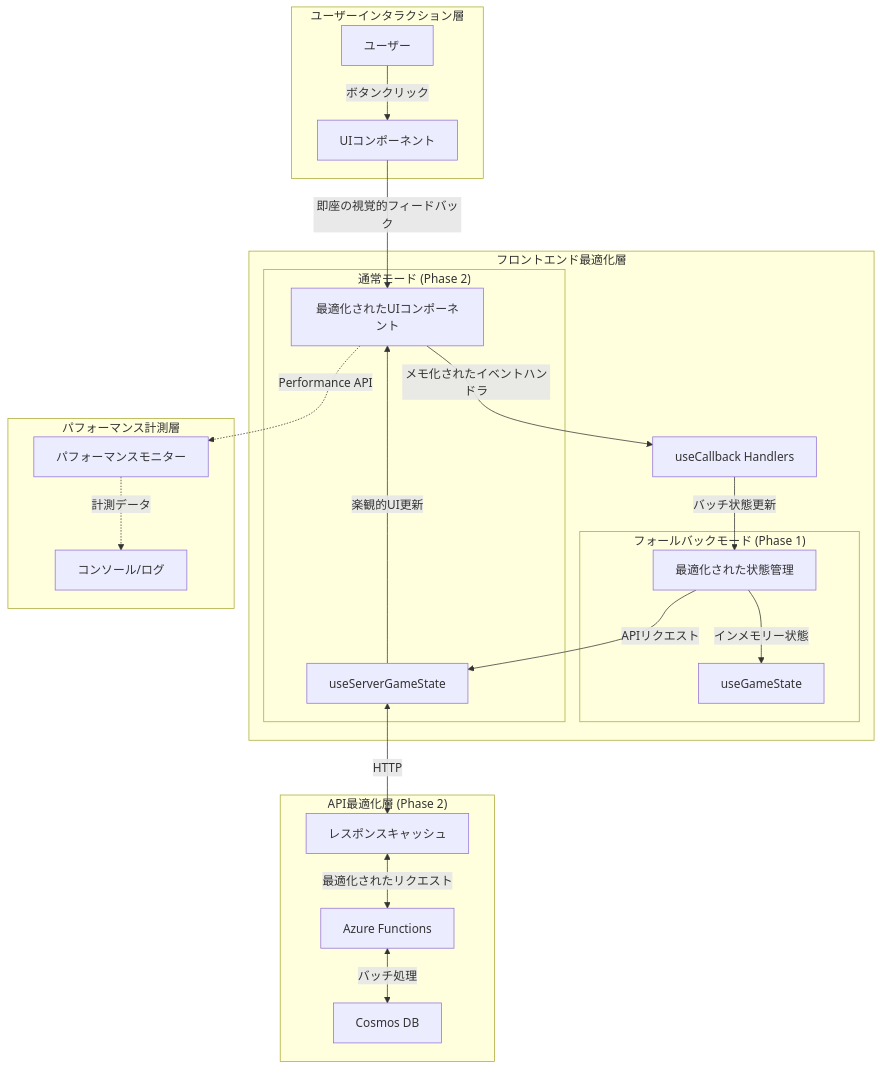
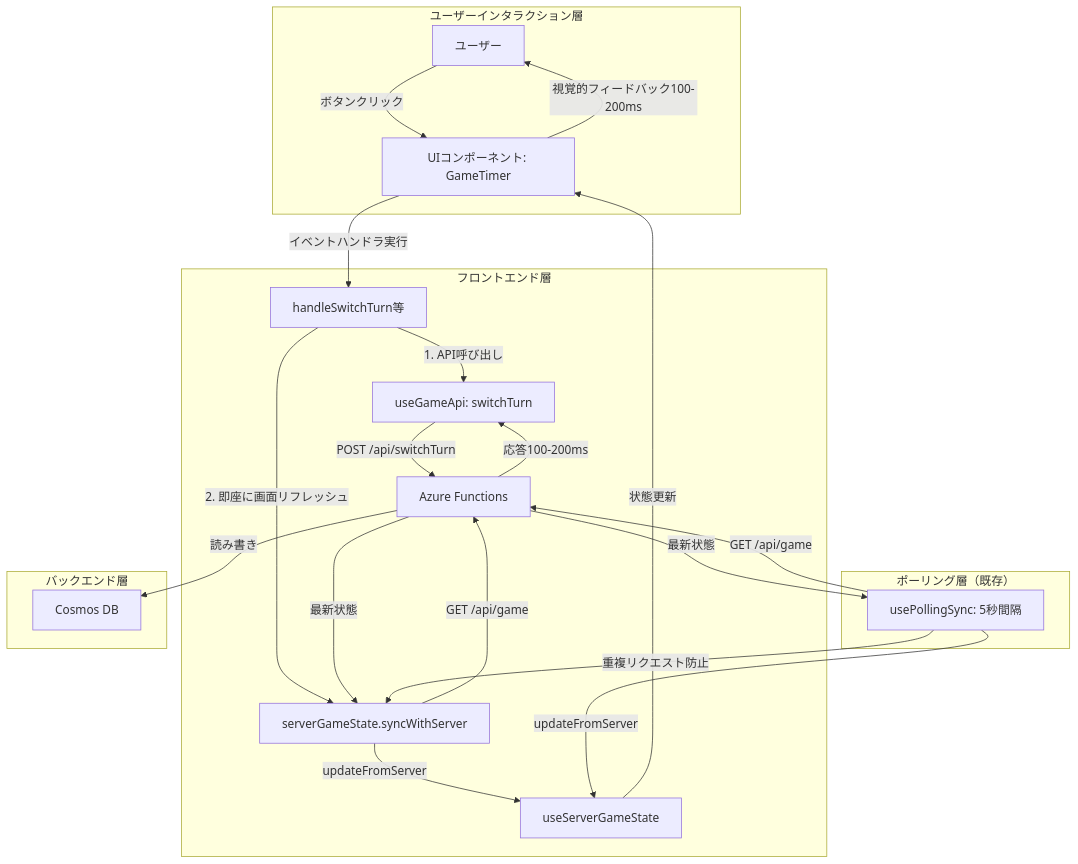
One commit to Jillrinn/tickTackFour changed the first of 3 diagrams in .kiro/specs/button-response-optimization/design.md. Above: the diagram before and after it, drawn with Mermaid. The commit also changed other lines of this file and 3 other files, not shown here.

````diff
--- a/.kiro/specs/button-response-optimization/design.md
+++ b/.kiro/specs/button-response-optimization/design.md
@@ -59,32 +122,31 @@
 ```mermaid
 graph TB
     subgraph "ユーザーインタラクション層"
-        User[ユーザー] -->|ボタンクリック| UI[UIコンポーネント]
+        User[ユーザー] -->|ボタンクリック| UI[UIコンポーネント: GameTimer]
     end
 
-    subgraph "フロントエンド最適化層"
-        UI -->|即座の視覚的フィードバック| OptUI[最適化されたUIコンポーネント]
-        OptUI -->|メモ化されたイベントハンドラ| Callbacks[useCallback Handlers]
-        Callbacks -->|バッチ状態更新| StateHooks[最適化された状態管理]
+    subgraph "フロントエンド層"
+        UI -->|イベントハンドラ実行| Handler[handleSwitchTurn等]
+        Handler -->|1. API呼び出し| APICall[useGameApi: switchTurn]
+        APICall -->|POST /api/switchTurn| Backend[Azure Functions]
+        Backend -->|応答100-200ms| APICall
 
-        subgraph "フォールバックモード (Phase 1)"
-            StateHooks -->|インメモリー状態| FallbackHook[useGameState]
-        end
-
-        subgraph "通常モード (Phase 2)"
-            StateHooks -->|APIリクエスト| NormalHook[useServerGameState]
-            NormalHook -->|楽観的UI更新| OptUI
-        end
+        Handler -->|2. 即座に画面リフレッシュ| Sync[serverGameState.syncWithServer]
+        Sync -->|GET /api/game| Backend
+        Backend -->|最新状態| Sync
+        Sync -->|updateFromServer| State[useServerGameState]
+        State -->|状態更新| UI
+        UI -->|視覚的フィードバック100-200ms| User
     end
 
-    subgraph "API最適化層 (Phase 2)"
-        NormalHook <-->|HTTP| APICache[レスポンスキャッシュ]
-        APICache <-->|最適化されたリクエスト| Functions[Azure Functions]
-        Functions <-->|バッチ処理| DB[Cosmos DB]
+    subgraph "ポーリング層（既存）"
+        Polling[usePollingSync: 5秒間隔] -->|GET /api/game| Backend
+        Polling -->|重複リクエスト防止| Sync
+        Backend -->|最新状態| Polling
+        Polling -->|updateFromServer| State
     end
 
-    subgraph "パフォーマンス計測層"
-        OptUI -.->|Performance API| Monitor[パフォーマンスモニター]
-        Monitor -.->|計測データ| Console[コンソール/ログ]
+    subgraph "バックエンド層"
+        Backend -->|読み書き| DB[Cosmos DB]
     end
 ```
````
